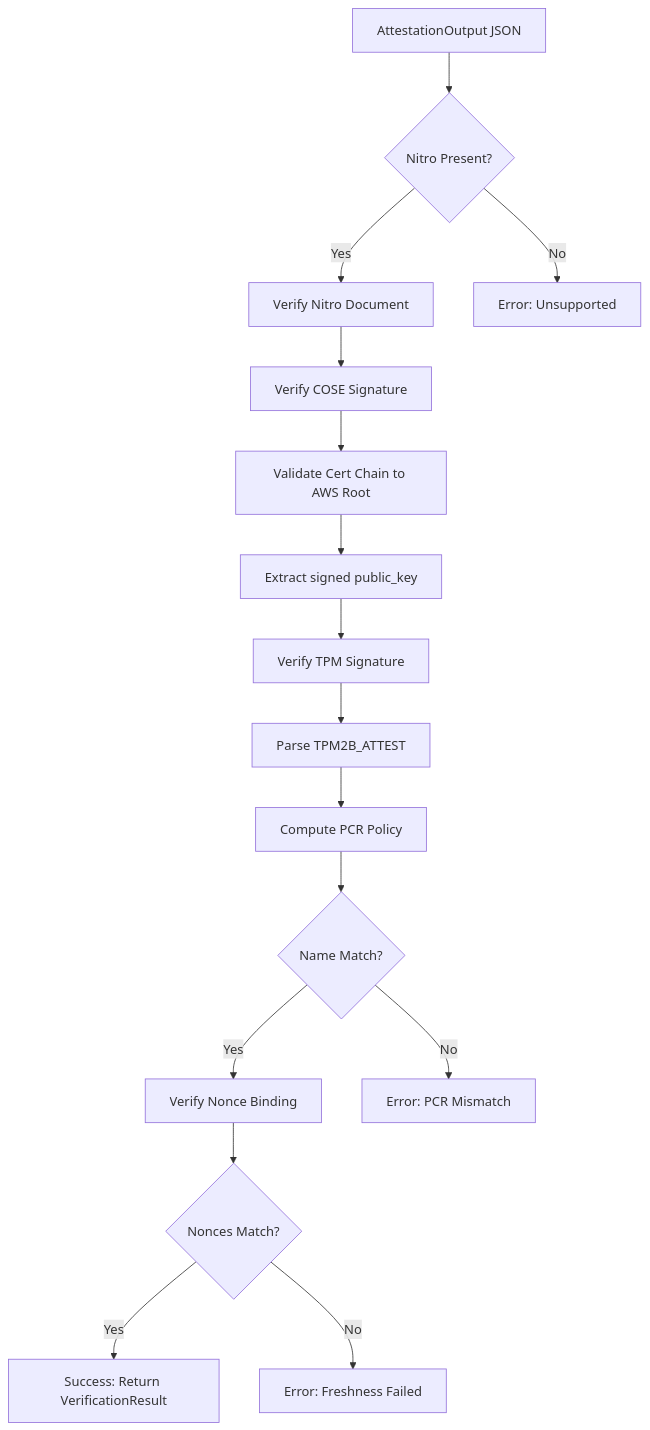
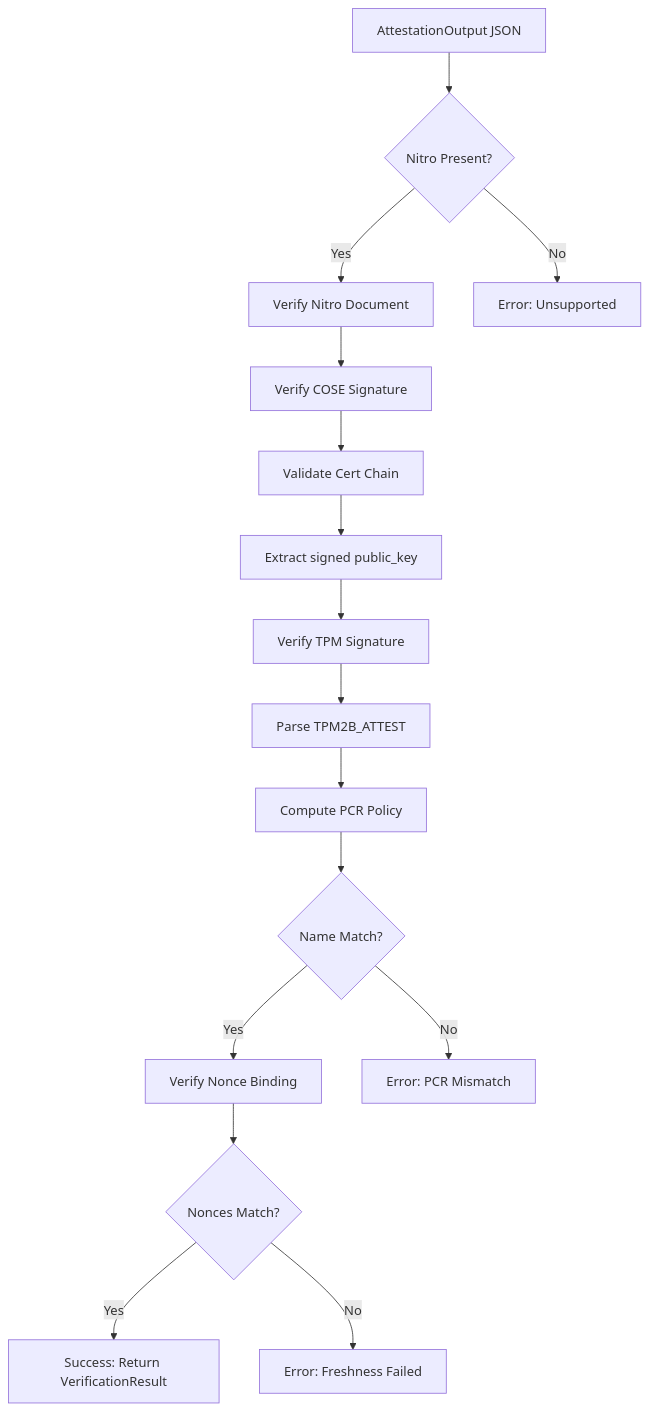
Before and after one commit to lockboot/lockboot: the diagram in crates/rawdogtpm2-verify/README.md, drawn with Mermaid. The commit also changed other lines of this file and 2 other files, not shown here.

````diff
--- a/crates/rawdogtpm2-verify/README.md
+++ b/crates/rawdogtpm2-verify/README.md
@@ -19,22 +98,22 @@
 ```mermaid
 flowchart TD
     A[AttestationOutput JSON] --> B{Nitro Present?}
     B -->|Yes| C[Verify Nitro Document]
     B -->|No| X[Error: Unsupported]
 
     C --> D[Verify COSE Signature]
-    D --> E[Validate Cert Chain to AWS Root]
+    D --> E[Validate Cert Chain]
     E --> F[Extract signed public_key]
 
     F --> G[Verify TPM Signature]
     G --> H[Parse TPM2B_ATTEST]
     H --> I[Compute PCR Policy]
     I --> J{Name Match?}
 
     J -->|Yes| K[Verify Nonce Binding]
     J -->|No| Y[Error: PCR Mismatch]
 
     K --> L{Nonces Match?}
     L -->|Yes| M[Success: Return VerificationResult]
     L -->|No| Z[Error: Freshness Failed]
 ```
````
